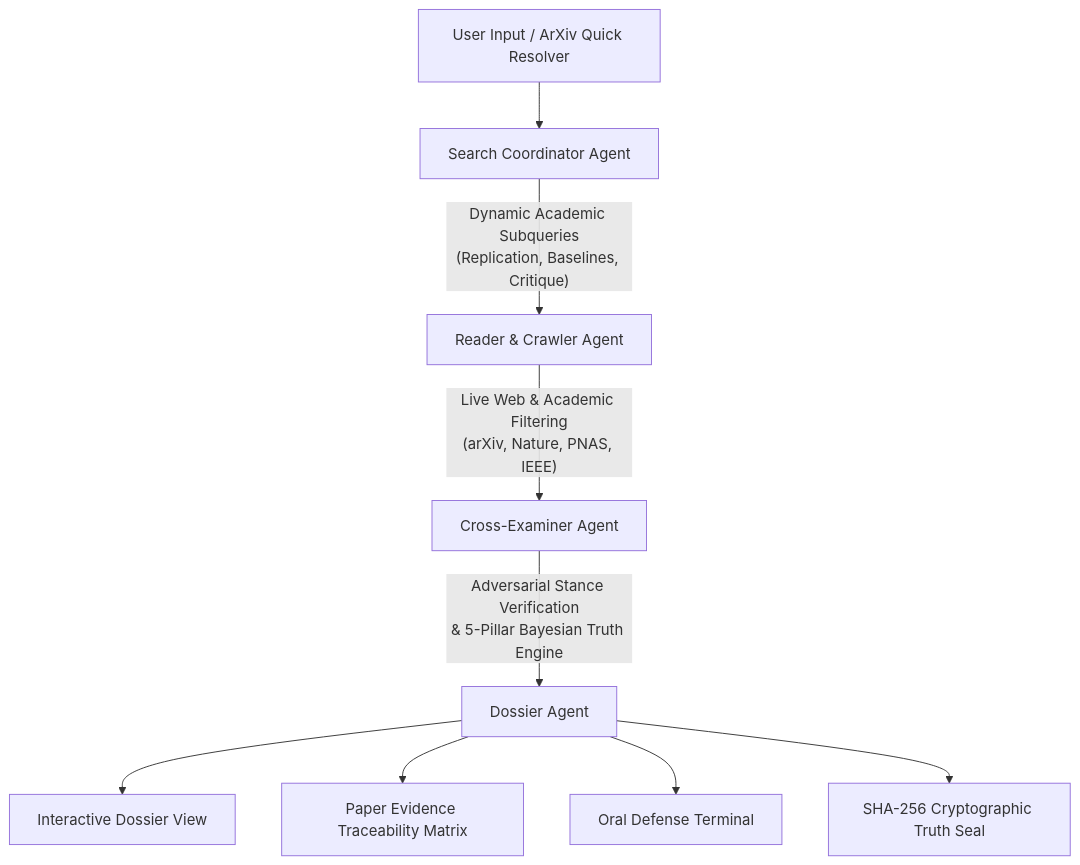
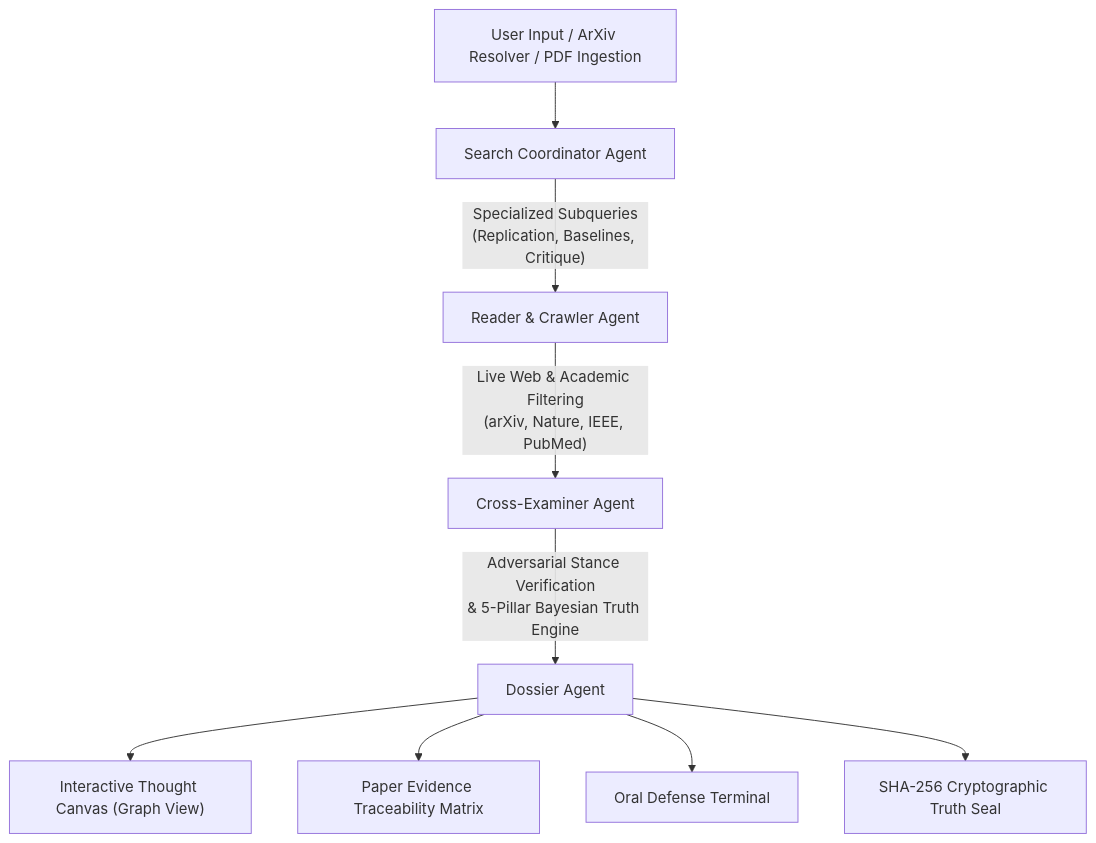
One commit to priyansusikdar2/Veritas changed the diagram in README.md. Above: the diagram before and after it, drawn with Mermaid. The commit also changed other lines of this file, not shown here.

````diff
--- a/README.md
+++ b/README.md
@@ -77,11 +84,11 @@
 ```mermaid
 flowchart TD
-    A["User Input / ArXiv Quick Resolver"] --> B["Search Coordinator Agent"]
-    B -->|"Dynamic Academic Subqueries\n(Replication, Baselines, Critique)"| C["Reader & Crawler Agent"]
-    C -->|"Live Web & Academic Filtering\n(arXiv, Nature, PNAS, IEEE)"| D["Cross-Examiner Agent"]
+    A["User Input / ArXiv Resolver / PDF Ingestion"] --> B["Search Coordinator Agent"]
+    B -->|"Specialized Subqueries\n(Replication, Baselines, Critique)"| C["Reader & Crawler Agent"]
+    C -->|"Live Web & Academic Filtering\n(arXiv, Nature, IEEE, PubMed)"| D["Cross-Examiner Agent"]
     D -->|"Adversarial Stance Verification\n& 5-Pillar Bayesian Truth Engine"| E["Dossier Agent"]
-    E --> F["Interactive Dossier View"]
+    E --> F["Interactive Thought Canvas (Graph View)"]
     E --> G["Paper Evidence Traceability Matrix"]
     E --> H["Oral Defense Terminal"]
     E --> I["SHA-256 Cryptographic Truth Seal"]
 ```
````
